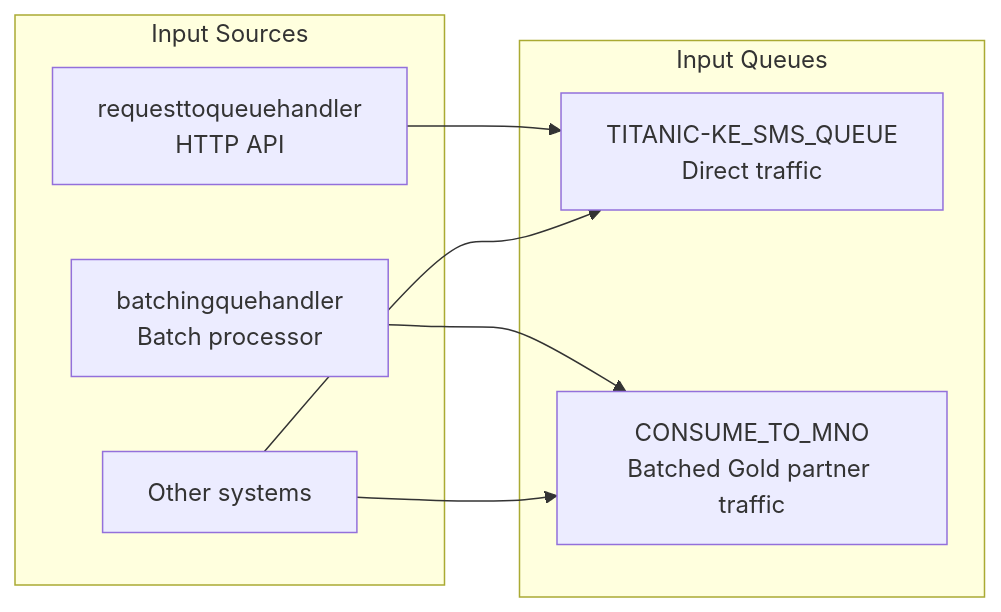
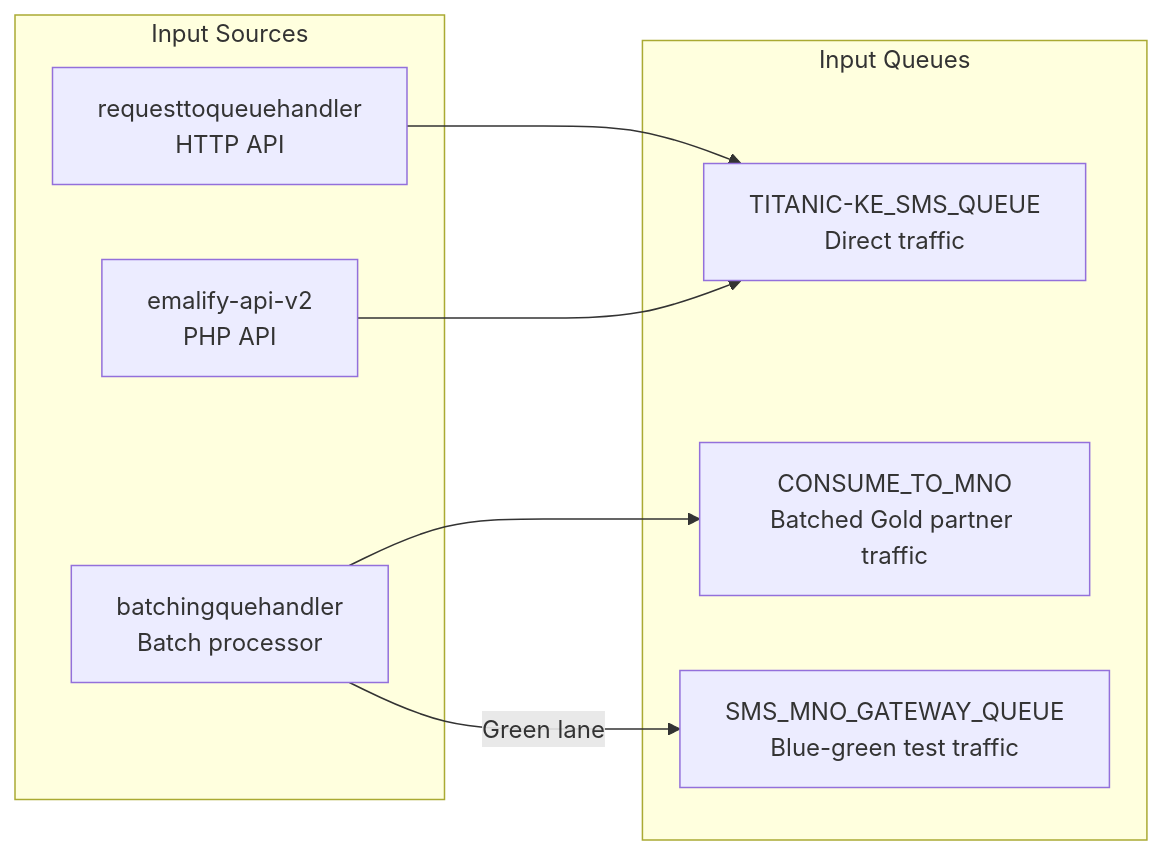
The first of 10 diagrams in docs/usage.md (ElMonstro/sms-mno-gateway), drawn with Mermaid before and after one commit. The commit also changed other lines of this file and 2 other files, not shown here.

````diff
--- a/docs/usage.md
+++ b/docs/usage.md
@@ -22,18 +22,19 @@
 ```mermaid
 graph LR
     subgraph "Input Sources"
         A[requesttoqueuehandler<br/>HTTP API]
         B[batchingquehandler<br/>Batch processor]
-        C[Other systems]
+        C[emalify-api-v2<br/>PHP API]
     end
 
     subgraph "Input Queues"
         TQ[TITANIC-KE_SMS_QUEUE<br/>Direct traffic]
         CMQ[CONSUME_TO_MNO<br/>Batched Gold partner traffic]
+        GQ[SMS_MNO_GATEWAY_QUEUE<br/>Blue-green test traffic]
     end
 
     A --> TQ
     B --> CMQ
+    B -->|Green lane| GQ
     C --> TQ
-    C --> CMQ
 ```
````
